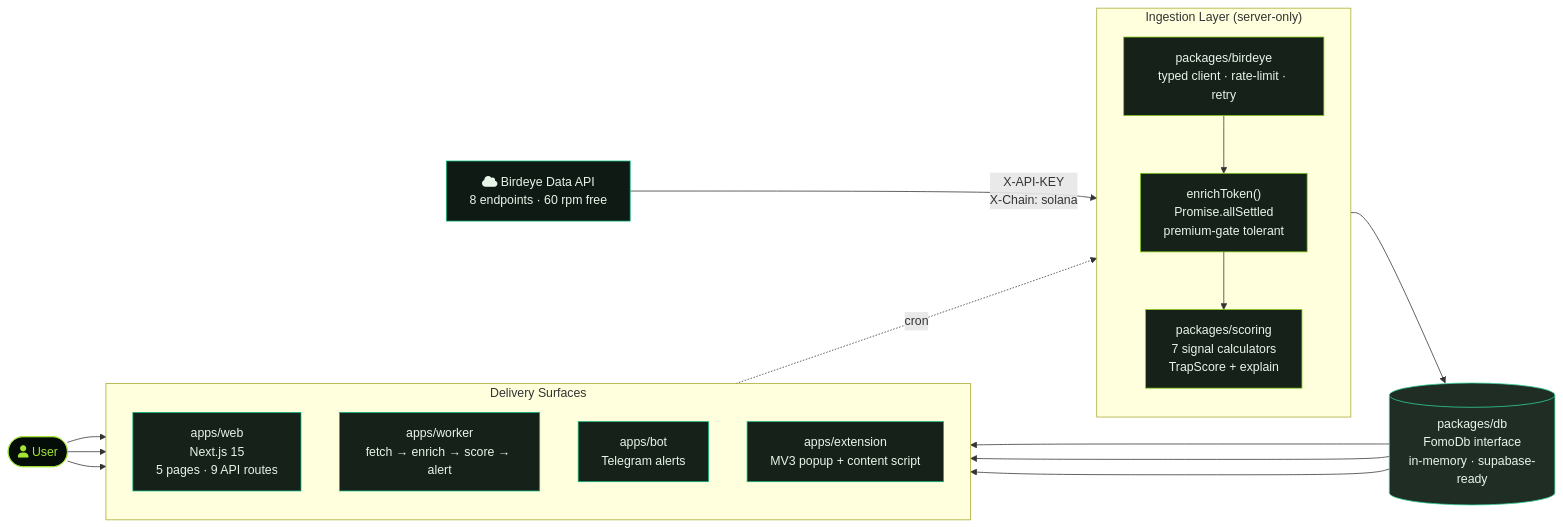
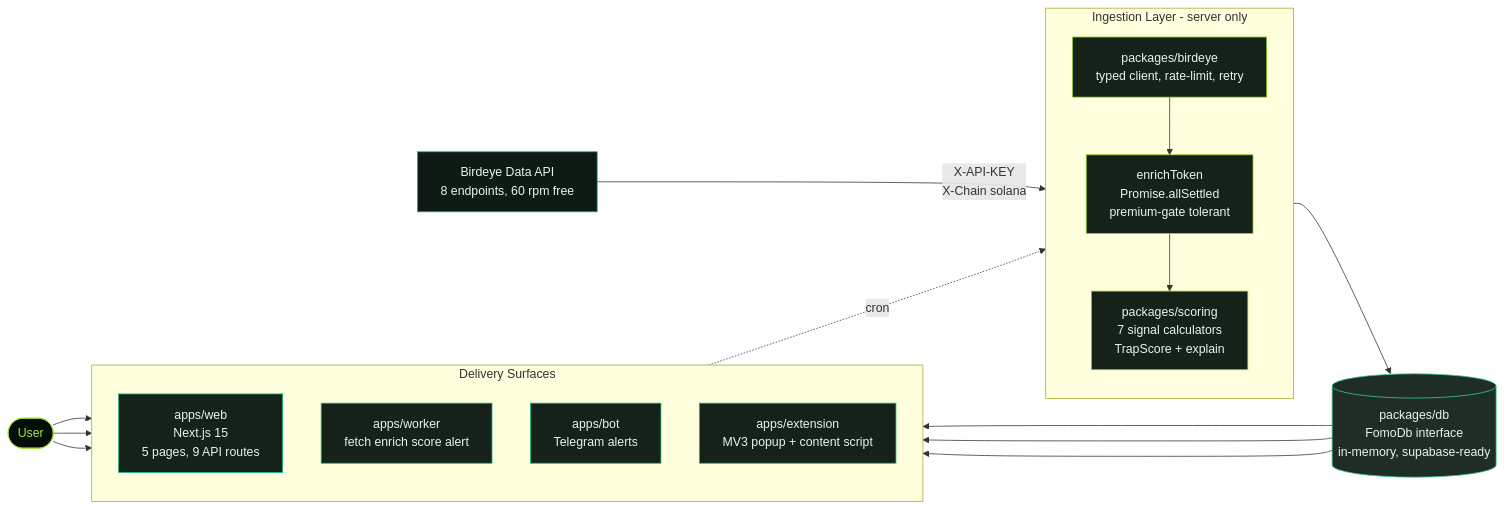
Before and after one commit to Sushant6095/fomo-firewall-birdeye: the first of 3 diagrams in README.md, drawn with Mermaid. The commit also changed other lines of this file, not shown here.

First line of the commit message:
docs(readme): fix mermaid parse errors + honest bot status

````diff
--- a/README.md
+++ b/README.md
@@ -73,45 +73,41 @@
 ```mermaid
 flowchart LR
-    %% Sources
-    B["fa:fa-cloud Birdeye Data API<br/>8 endpoints · 60 rpm free"]:::external
+    B[Birdeye Data API<br/>8 endpoints, 60 rpm free]:::external
 
-    %% Ingestion
-    subgraph INGEST["Ingestion Layer (server-only)"]
+    subgraph INGEST[Ingestion Layer - server only]
       direction TB
-      BC["packages/birdeye<br/>typed client · rate-limit · retry"]:::pkg
-      EN["enrichToken()<br/>Promise.allSettled<br/>premium-gate tolerant"]:::pkg
-      SC["packages/scoring<br/>7 signal calculators<br/>TrapScore + explain"]:::pkg
+      BC[packages/birdeye<br/>typed client, rate-limit, retry]:::pkg
+      EN[enrichToken<br/>Promise.allSettled<br/>premium-gate tolerant]:::pkg
+      SC[packages/scoring<br/>7 signal calculators<br/>TrapScore + explain]:::pkg
     end
 
-    %% Storage
-    DB[("packages/db<br/>FomoDb interface<br/>in-memory · supabase-ready")]:::db
+    DB[(packages/db<br/>FomoDb interface<br/>in-memory, supabase-ready)]:::db
 
-    %% Surfaces
-    subgraph SURFACES["Delivery Surfaces"]
+    subgraph SURFACES[Delivery Surfaces]
       direction TB
-      WEB["apps/web<br/>Next.js 15<br/>5 pages · 9 API routes"]:::app
-      WORKER["apps/worker<br/>fetch → enrich → score → alert"]:::app
-      BOT["apps/bot<br/>Telegram alerts"]:::app
-      EXT["apps/extension<br/>MV3 popup + content script"]:::app
+      WEB[apps/web<br/>Next.js 15<br/>5 pages, 9 API routes]:::app
+      WORKER[apps/worker<br/>fetch enrich score alert]:::app
+      BOT[apps/bot<br/>Telegram alerts]:::app
+      EXT[apps/extension<br/>MV3 popup + content script]:::app
     end
 
-    USR(["fa:fa-user User"]):::user
+    USR([User]):::user
 
-    %% Edges
-    B -->|"X-API-KEY<br/>X-Chain: solana"| BC
-    BC --> EN --> SC --> DB
-    WORKER -.cron.-> BC
+    B -->|X-API-KEY<br/>X-Chain solana| BC
+    BC --> EN
+    EN --> SC
+    SC --> DB
+    WORKER -. cron .-> BC
     DB --> WEB
     DB --> BOT
     DB --> EXT
     USR --> WEB
     USR --> BOT
     USR --> EXT
 
-    %% styles
     classDef external fill:#0F1A14,stroke:#10B981,color:#E8F5E9
     classDef pkg      fill:#152119,stroke:#84CC16,color:#E8F5E9
     classDef db       fill:#1F2D24,stroke:#34D399,color:#E8F5E9
     classDef app      fill:#152119,stroke:#10B981,color:#E8F5E9
     classDef user     fill:#050D09,stroke:#A3E635,color:#A3E635
 ```
````
